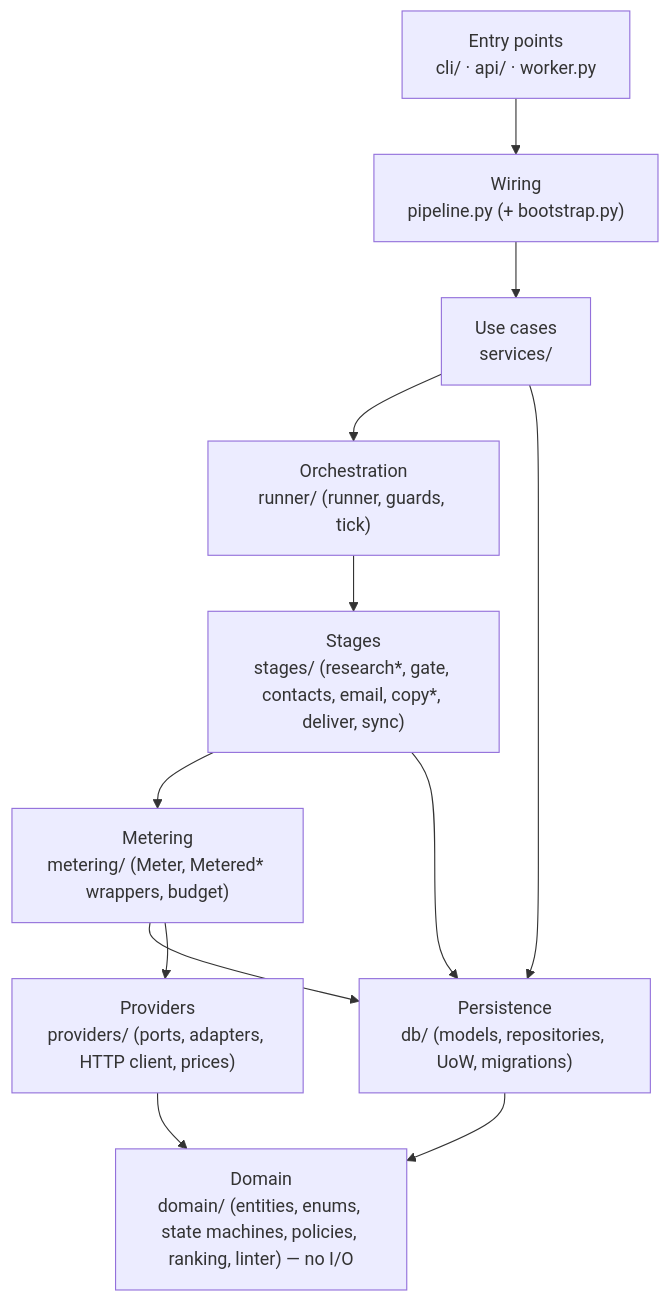
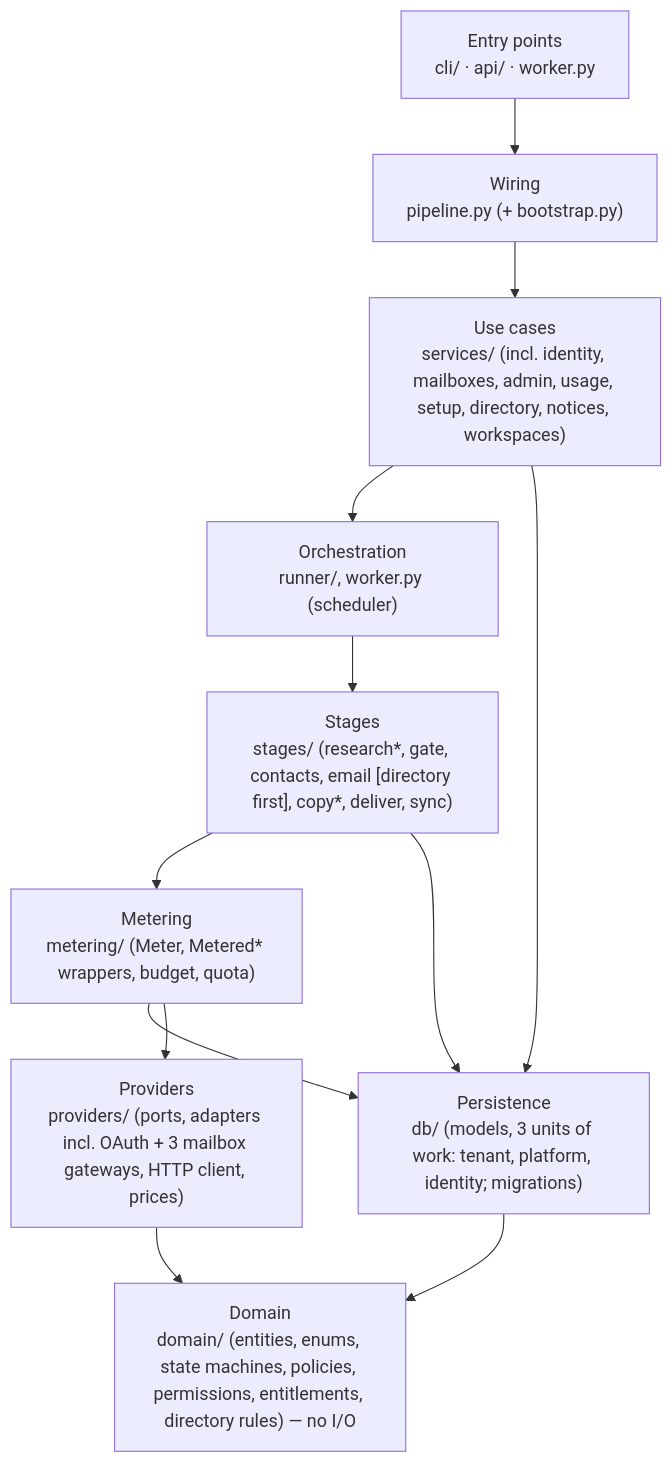
The third of 4 diagrams in docs/technical/architecture/architecture.md (rahul-trip/email_campaign), drawn with Mermaid before and after one commit. The commit also changed other lines of this file, not shown here.

First line of the commit message:
docs(technical): architecture updated for the multi-tenant SaaS alpha

````diff
--- a/docs/technical/architecture/architecture.md
+++ b/docs/technical/architecture/architecture.md
@@ -145,19 +164,19 @@
 ```mermaid
 flowchart TB
     entry["Entry points<br/>cli/ · api/ · worker.py"]
     pipe["Wiring<br/>pipeline.py (+ bootstrap.py)"]
-    svc["Use cases<br/>services/"]
-    run["Orchestration<br/>runner/ (runner, guards, tick)"]
-    stg["Stages<br/>stages/ (research*, gate, contacts, email, copy*, deliver, sync)"]
-    met["Metering<br/>metering/ (Meter, Metered* wrappers, budget)"]
-    db["Persistence<br/>db/ (models, repositories, UoW, migrations)"]
-    prov["Providers<br/>providers/ (ports, adapters, HTTP client, prices)"]
-    dom["Domain<br/>domain/ (entities, enums, state machines, policies, ranking, linter) — no I/O"]
+    svc["Use cases<br/>services/ (incl. identity, mailboxes, admin, usage, setup, directory, notices, workspaces)"]
+    run["Orchestration<br/>runner/, worker.py (scheduler)"]
+    stg["Stages<br/>stages/ (research*, gate, contacts, email [directory first], copy*, deliver, sync)"]
+    met["Metering<br/>metering/ (Meter, Metered* wrappers, budget, quota)"]
+    db["Persistence<br/>db/ (models, 3 units of work: tenant, platform, identity; migrations)"]
+    prov["Providers<br/>providers/ (ports, adapters incl. OAuth + 3 mailbox gateways, HTTP client, prices)"]
+    dom["Domain<br/>domain/ (entities, enums, state machines, policies, permissions, entitlements, directory rules) — no I/O"]
     entry --> pipe --> svc --> run --> stg --> met
     met --> db
     met --> prov
     stg --> db
     db --> dom
     prov --> dom
     svc --> db
 ```
````
